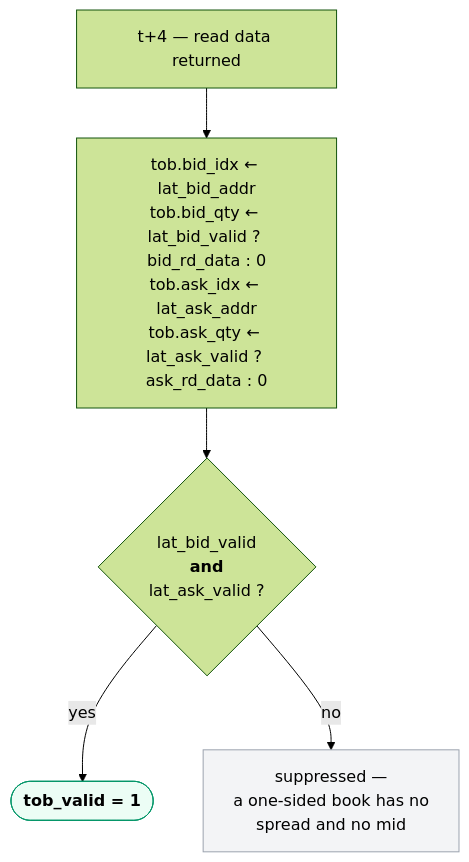
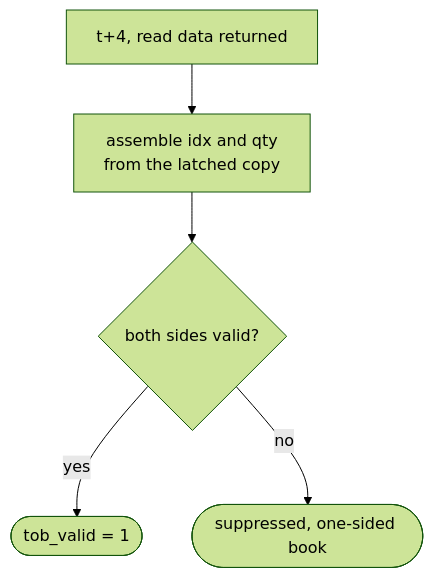
One commit to Rushmello369/fpga-feed-handler changed the fourth of 5 diagrams in docs/diagrams/tob_tracker.md. Above: the diagram before and after it, drawn with Mermaid (forest theme). The commit also changed other lines of this file and 12 other files, not shown here.

Commit message:
add diagrams for system and module architectures

````diff
--- a/docs/diagrams/tob_tracker.md
+++ b/docs/diagrams/tob_tracker.md
@@ -115,13 +96,8 @@
 ```mermaid
 flowchart TD
-    T4["t+4 — read data returned"]
-    T4 --> ASM["tob.bid_idx ← lat_bid_addr<br/>tob.bid_qty ← lat_bid_valid ? bid_rd_data : 0<br/>tob.ask_idx ← lat_ask_addr<br/>tob.ask_qty ← lat_ask_valid ? ask_rd_data : 0"]
-    ASM --> Q{"lat_bid_valid<br/><b>and</b><br/>lat_ask_valid ?"}
-    Q -->|yes| PUB(["<b>tob_valid = 1</b>"])
-    Q -->|no| SUP["suppressed —<br/>a one-sided book has no<br/>spread and no mid"]
-
-    classDef good fill:#ecfdf5,stroke:#059669
-    classDef bad fill:#f3f4f6,stroke:#9ca3af
-    class PUB good
-    class SUP bad
+    T4[t+4, read data returned]
+    T4 --> ASM[assemble idx and qty<br/>from the latched copy]
+    ASM --> Q{both sides valid?}
+    Q -->|yes| PUB([tob_valid = 1])
+    Q -->|no| SUP([suppressed, one-sided book])
 ```
````
